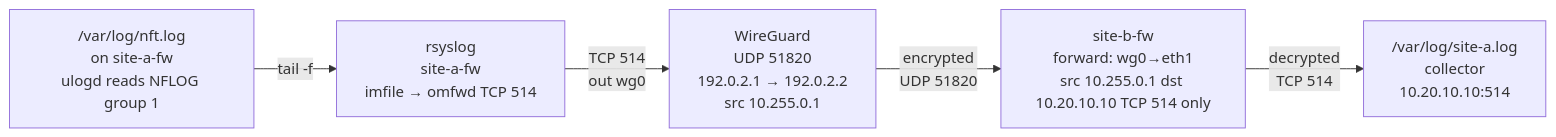
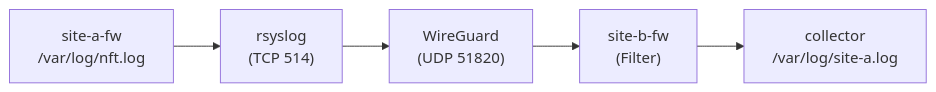
One commit to Douglasdadog/hm-network-home-lab changed the third of 3 diagrams in docs/topology.md. Above: the diagram before and after it, drawn with Mermaid. The commit also changed other lines of this file, not shown here.

Commit message:
simplify topology diagrams for clean visual readability

````diff
--- a/docs/topology.md
+++ b/docs/topology.md
@@ -85,13 +69,10 @@
 ```mermaid
 flowchart LR
-  nft["/var/log/nft.log\non site-a-fw\nulogd reads NFLOG group 1"]
-  rsys["rsyslog\nsite-a-fw\nimfile → omfwd TCP 514"]
-  wg["WireGuard\nUDP 51820\n192.0.2.1 → 192.0.2.2\nsrc 10.255.0.1"]
-  fwB["site-b-fw\nforward: wg0→eth1\nsrc 10.255.0.1 dst 10.20.10.10 TCP 514 only"]
-  col["/var/log/site-a.log\ncollector\n10.20.10.10:514"]
+  note["site-a-fw<br/>/var/log/nft.log"]
+  rsys["rsyslog<br/>(TCP 514)"]
+  tunnel["WireGuard<br/>(UDP 51820)"]
+  fwB["site-b-fw<br/>(Filter)"]
+  col["collector<br/>/var/log/site-a.log"]
 
-  nft -->|"tail -f"| rsys
-  rsys -->|"TCP 514\nout wg0"| wg
-  wg -->|"encrypted\nUDP 51820"| fwB
-  fwB -->|"decrypted\nTCP 514"| col
+  note --> rsys --> tunnel --> fwB --> col
 ```
````
